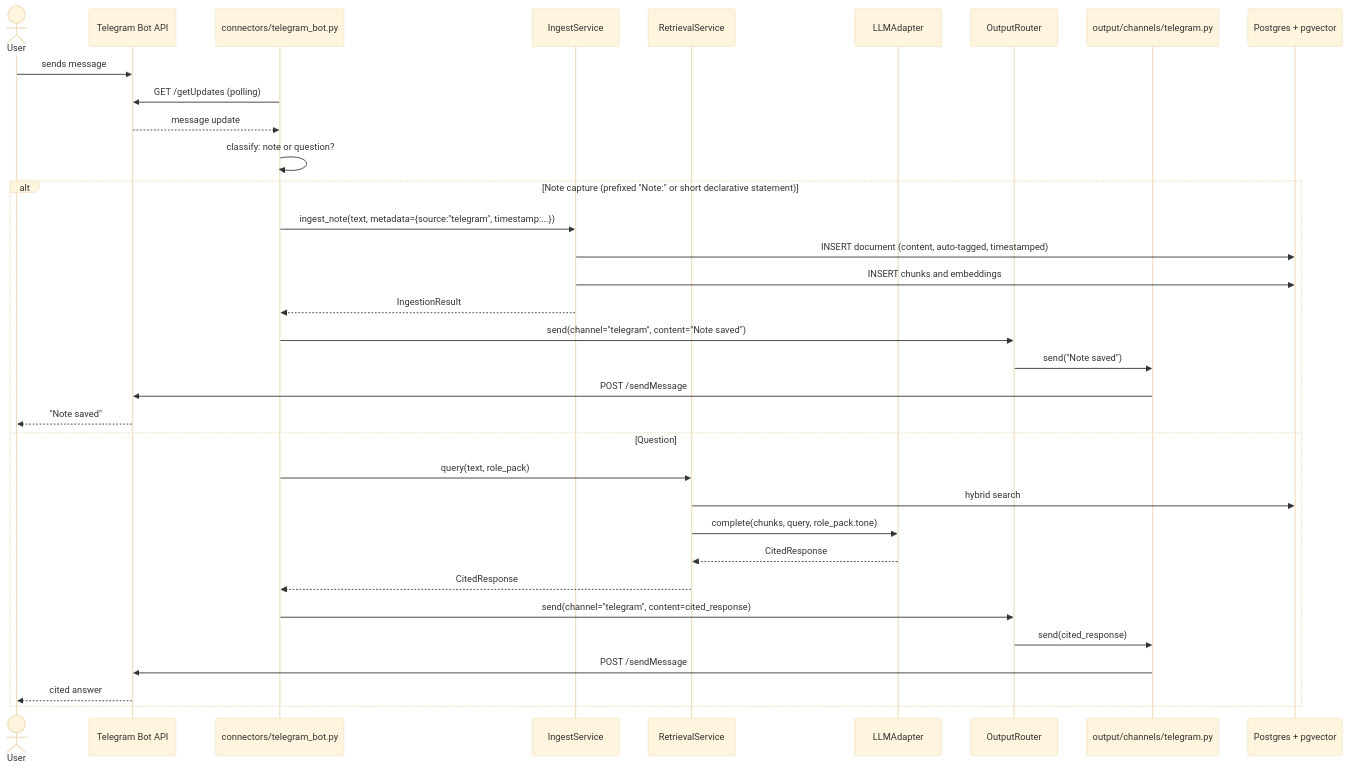
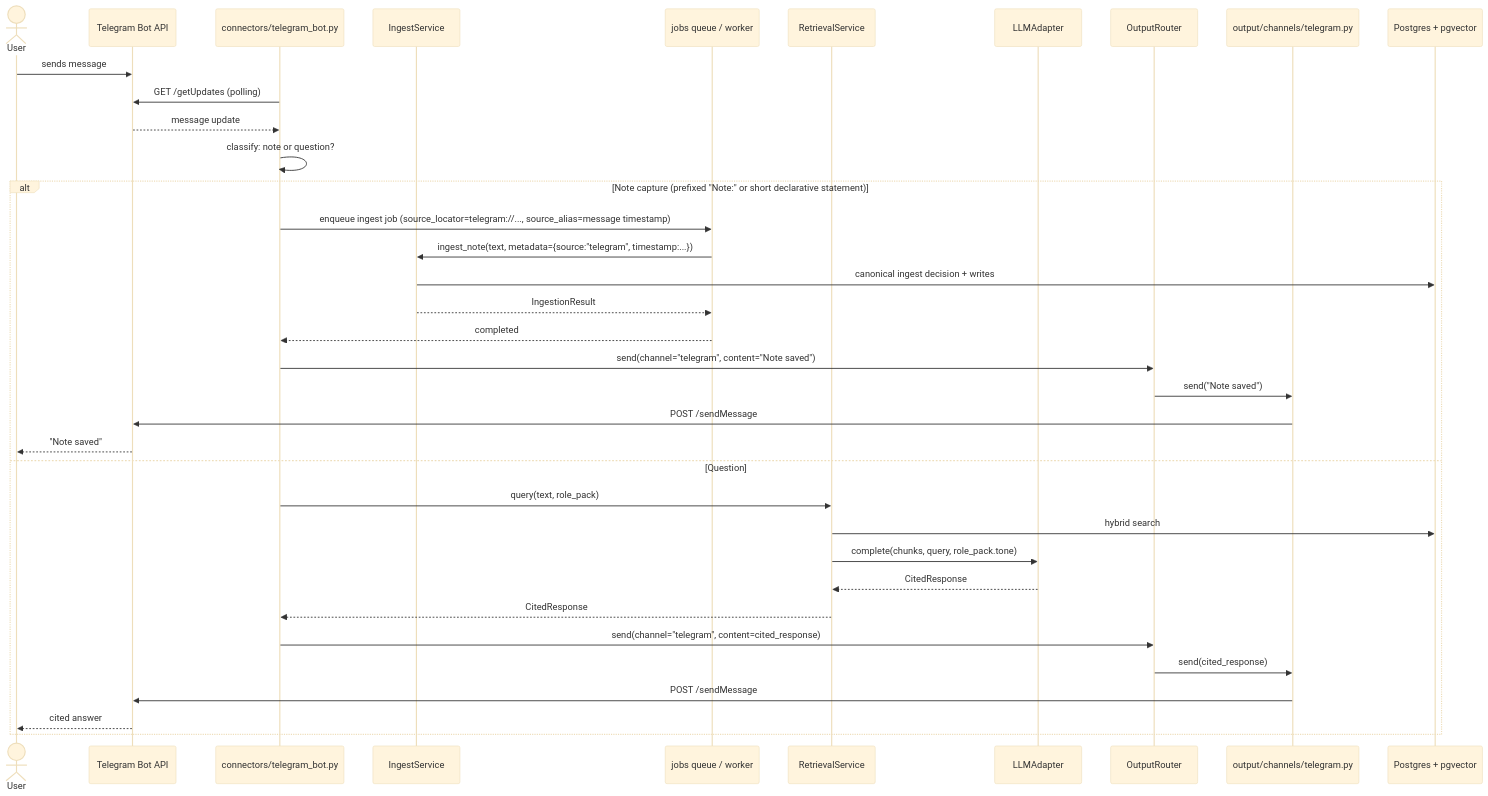
The tenth of 13 diagrams in _bmad-output/planning-artifacts/architecture-diagrams.md (iainhgl/chief-of-staff), drawn with Mermaid (base theme) before and after one commit. The commit also changed other lines of this file and 11 other files, not shown here.

First line of the commit message:
Implement story 6.1 canonical blob, source, and version schema hardening

````diff
--- a/_bmad-output/planning-artifacts/architecture-diagrams.md
+++ b/_bmad-output/planning-artifacts/architecture-diagrams.md
@@ -339,38 +369,40 @@
 ```mermaid
 sequenceDiagram
     actor User
     participant TelegramAPI as Telegram Bot API
     participant TB as connectors/telegram_bot.py
     participant IS as IngestService
+    participant JOBS as jobs queue / worker
     participant RS as RetrievalService
     participant LLM as LLMAdapter
     participant OR as OutputRouter
     participant TG as output/channels/telegram.py
     participant DB as Postgres + pgvector
 
     User->>TelegramAPI: sends message
     TB->>TelegramAPI: GET /getUpdates (polling)
     TelegramAPI-->>TB: message update
     TB->>TB: classify: note or question?
 
     alt Note capture (prefixed "Note:" or short declarative statement)
-        TB->>IS: ingest_note(text, metadata={source:"telegram", timestamp:...})
-        IS->>DB: INSERT document (content, auto-tagged, timestamped)
-        IS->>DB: INSERT chunks and embeddings
-        IS-->>TB: IngestionResult
+        TB->>JOBS: enqueue ingest job (source_locator=telegram://..., source_alias=message timestamp)
+        JOBS->>IS: ingest_note(text, metadata={source:"telegram", timestamp:...})
+        IS->>DB: canonical ingest decision + writes
+        IS-->>JOBS: IngestionResult
+        JOBS-->>TB: completed
         TB->>OR: send(channel="telegram", content="Note saved")
         OR->>TG: send("Note saved")
         TG->>TelegramAPI: POST /sendMessage
         TelegramAPI-->>User: "Note saved"
     else Question
         TB->>RS: query(text, role_pack)
         RS->>DB: hybrid search
         RS->>LLM: complete(chunks, query, role_pack.tone)
         LLM-->>RS: CitedResponse
         RS-->>TB: CitedResponse
         TB->>OR: send(channel="telegram", content=cited_response)
         OR->>TG: send(cited_response)
         TG->>TelegramAPI: POST /sendMessage
         TelegramAPI-->>User: cited answer
     end
 ```
````
